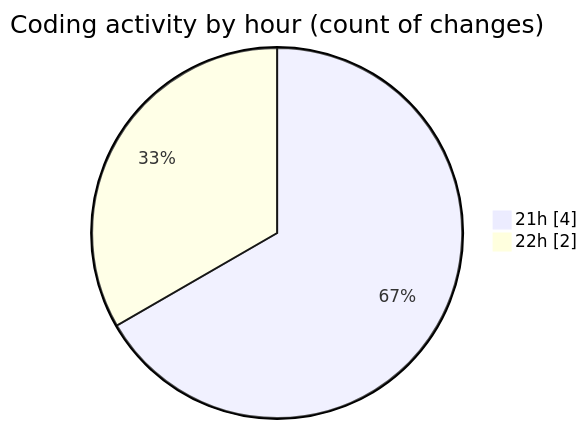
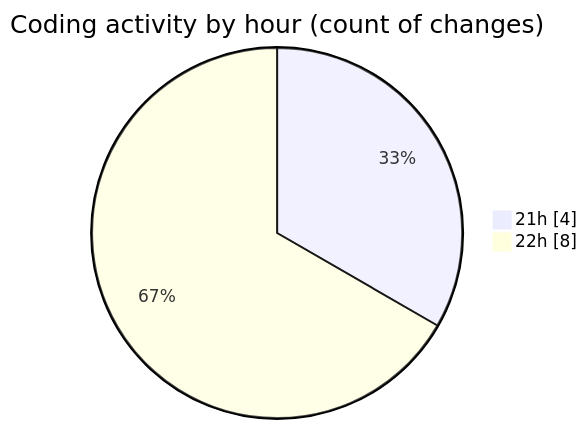
Before and after one commit to MatusMokan/code-tracking: the second of 2 diagrams in 2025-11-14/untitled__workspace_/README.md, drawn with Mermaid. The commit also changed other lines of this file and 1 other file, not shown here.

````diff
--- a/2025-11-14/untitled__workspace_/README.md
+++ b/2025-11-14/untitled__workspace_/README.md
@@ -31,6 +31,6 @@
 ```mermaid
 pie showData
 title Coding activity by hour (count of changes)
 "21h" : 4
-"22h" : 2
+"22h" : 8
 ```
````
